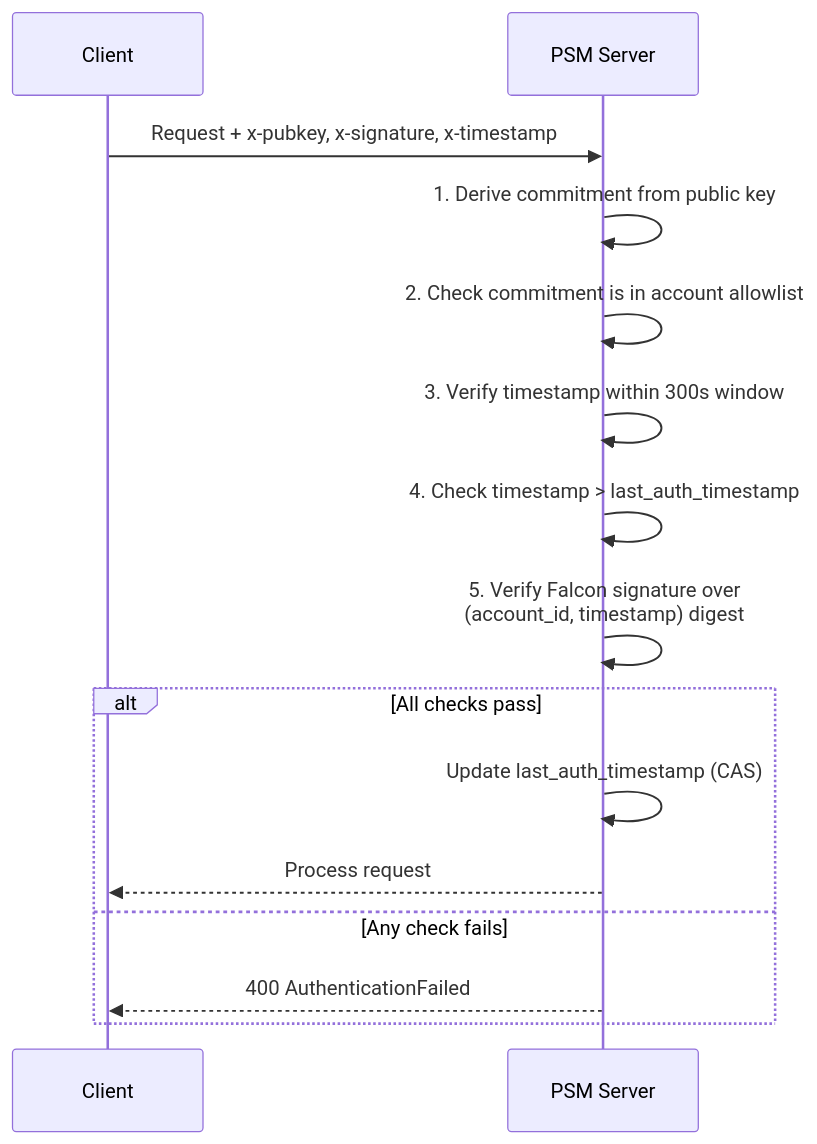
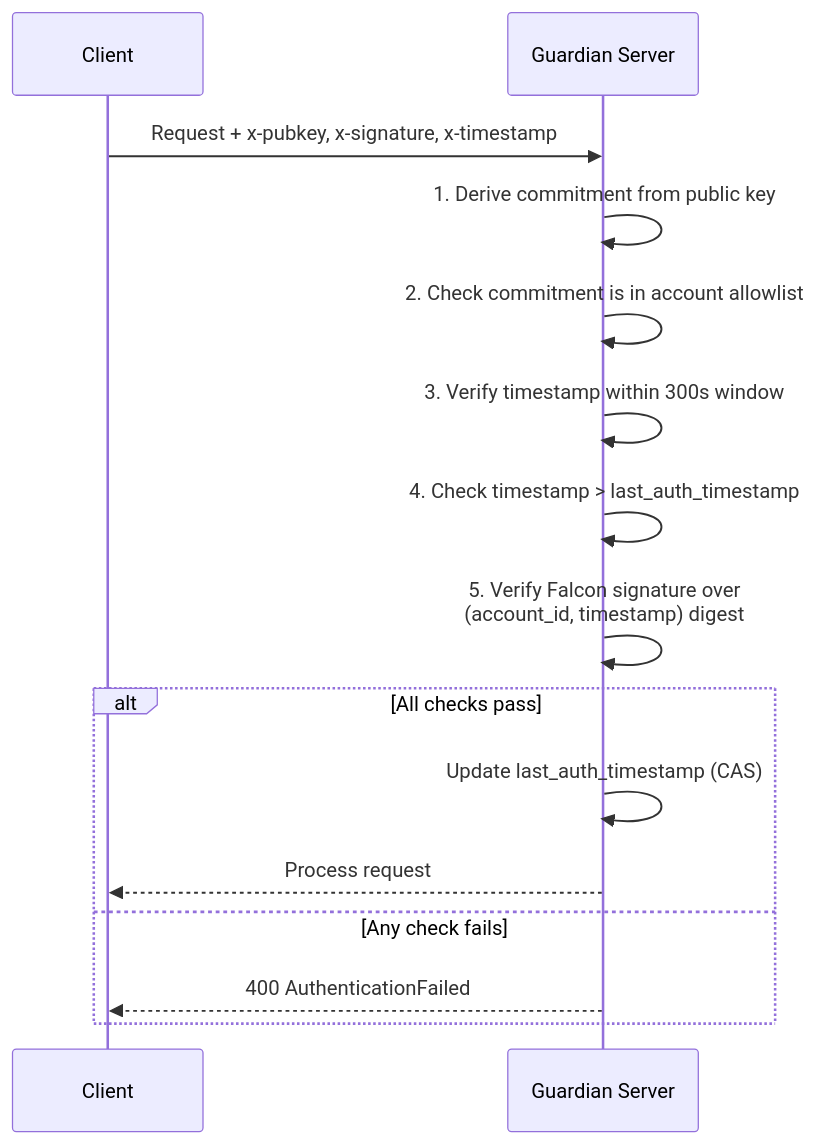
One commit to 0xMiden/miden-docs changed the diagram in docs/builder/solutions/miden-guardian/core-concepts/components.md. Above: the diagram before and after it, drawn with Mermaid. The commit also changed other lines of this file and 7 other files, not shown here.

First line of the commit message:
docs: rebrand PSM → Miden Guardian in Guardian section

````diff
--- a/docs/builder/solutions/miden-guardian/core-concepts/components.md
+++ b/docs/builder/solutions/miden-guardian/core-concepts/components.md
@@ -56,20 +56,20 @@
 ```mermaid
 sequenceDiagram
     participant Client
-    participant PSM as PSM Server
+    participant Guardian as Guardian Server
 
-    Client->>PSM: Request + x-pubkey, x-signature, x-timestamp
+    Client->>Guardian: Request + x-pubkey, x-signature, x-timestamp
 
-    PSM->>PSM: 1. Derive commitment from public key
-    PSM->>PSM: 2. Check commitment is in account allowlist
-    PSM->>PSM: 3. Verify timestamp within 300s window
-    PSM->>PSM: 4. Check timestamp > last_auth_timestamp
-    PSM->>PSM: 5. Verify Falcon signature over<br/>(account_id, timestamp) digest
+    Guardian->>Guardian: 1. Derive commitment from public key
+    Guardian->>Guardian: 2. Check commitment is in account allowlist
+    Guardian->>Guardian: 3. Verify timestamp within 300s window
+    Guardian->>Guardian: 4. Check timestamp > last_auth_timestamp
+    Guardian->>Guardian: 5. Verify Falcon signature over<br/>(account_id, timestamp) digest
 
     alt All checks pass
-        PSM->>PSM: Update last_auth_timestamp (CAS)
-        PSM-->>Client: Process request
+        Guardian->>Guardian: Update last_auth_timestamp (CAS)
+        Guardian-->>Client: Process request
     else Any check fails
-        PSM-->>Client: 400 AuthenticationFailed
+        Guardian-->>Client: 400 AuthenticationFailed
     end
 ```
````
